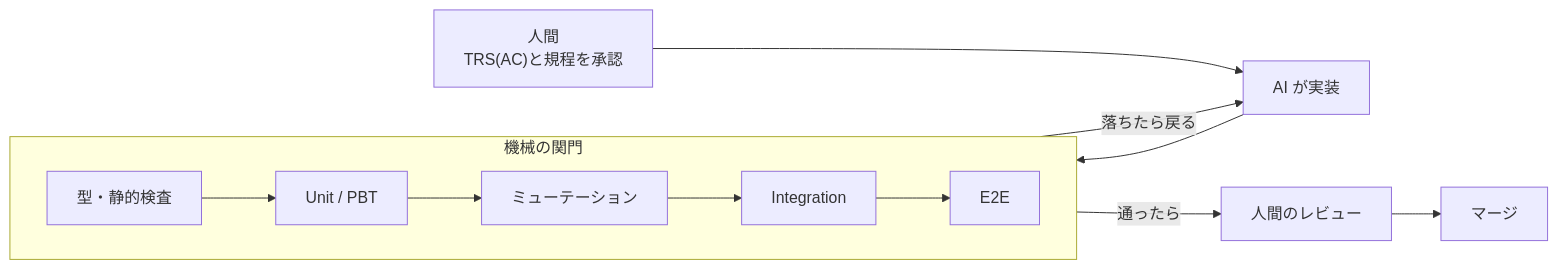
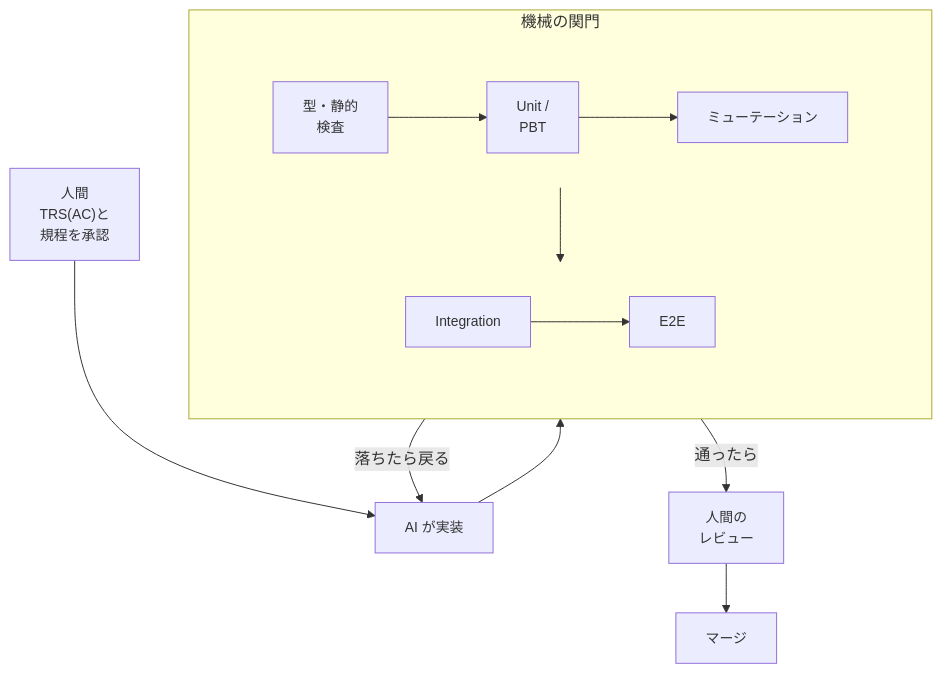
One commit to toshio-shiratori/harness-test-strategy changed the first of 3 diagrams in README.md. Above: the diagram before and after it, drawn with Mermaid. The commit also changed other lines of this file, not shown here.

Commit message:
docs: README の横に長い図(仕組み・読む順番)を本文の幅に収める (#209) (#217)
* docs: README の横に長い図(仕組み・読む順番)を本文の幅に収める (#209)

- 仕組み: TB にし、機械の関門を 2 段に分ける(1908px → 616px)。「通ったら」の矢印は人間のレビューに向ける
- 読む順番: 01〜02c と 03〜05 の 2 段にする(1320px → 744px)
- 導入方法: ノード内を語の切れ目で改行する

* wip: 全角スペースで GitHub の折り返しを試す

* wip: 字の大きさで GitHub の折り返しを試す

* docs: README の図の字を 14px にし、GitHub 上で語の途中で折れないようにする

---------

````diff
--- a/README.md
+++ b/README.md
@@ -15,11 +15,22 @@
 ```mermaid
-flowchart LR
-  H["人間<br/>TRS(AC)と規程を承認"] --> A["AI が実装"]
+flowchart TB
+  H["人間<br/>TRS(AC)と<br/>規程を承認"] --> A["AI が実装"]
   subgraph GATES["機械の関門"]
-    direction LR
-    G1["型・静的検査"] --> G2["Unit / PBT"] --> G3["ミューテーション"] --> G4["Integration"] --> G5["E2E"]
+    direction TB
+    subgraph ROW1[" "]
+      direction LR
+      G1["型・静的<br/>検査"] --> G2["Unit /<br/>PBT"] --> G3["ミューテーション"]
+    end
+    subgraph ROW2[" "]
+      direction LR
+      G4["Integration"] --> G5["E2E"]
+    end
+    ROW1 --> ROW2
   end
   A --> GATES
   GATES -- "落ちたら戻る" --> A
-  GATES -- "通ったら" --> R["人間のレビュー"] --> M["マージ"]
+  GATES -- "通ったら" --> R["人間の<br/>レビュー"] --> M["マージ"]
+  style ROW1 fill:none,stroke:none
+  style ROW2 fill:none,stroke:none
+  classDef default font-size:14px
 ```
````
